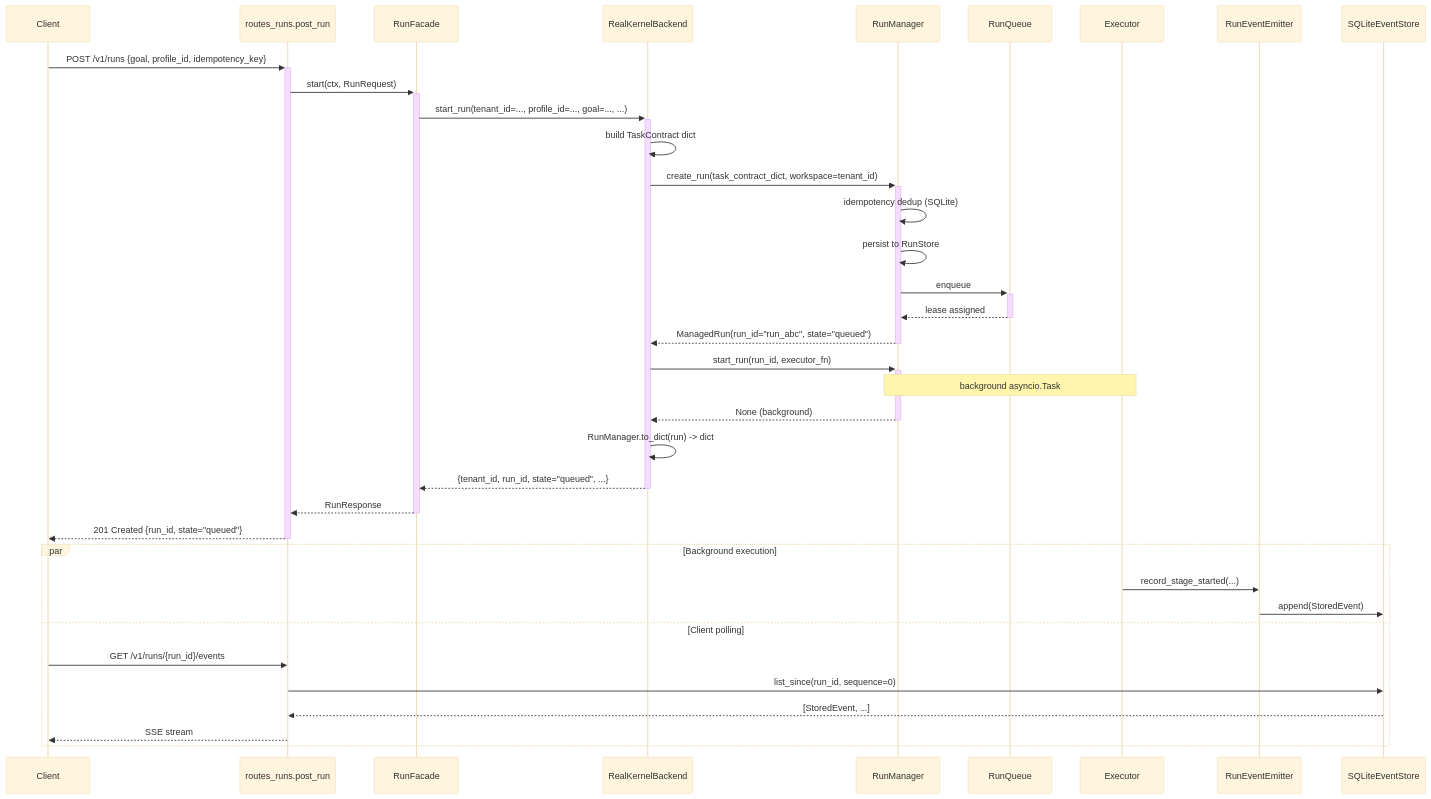
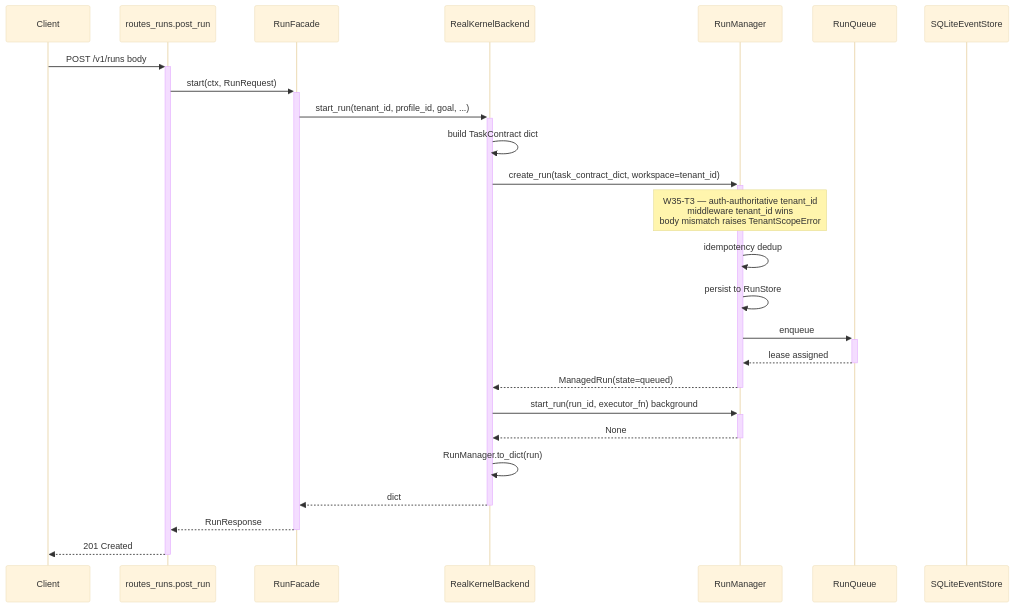
The second of 3 diagrams in agent_server/runtime/ARCHITECTURE.md (chaosxingxc-orion/hi-agent), drawn with Mermaid (base theme) before and after one commit. The commit also changed other lines of this file and 9 other files, not shown here.

````diff
--- a/agent_server/runtime/ARCHITECTURE.md
+++ b/agent_server/runtime/ARCHITECTURE.md
@@ -118,40 +118,28 @@
 ```mermaid
 sequenceDiagram
     participant Client
     participant Route as routes_runs.post_run
     participant RunFacade
     participant Backend as RealKernelBackend
     participant RunMgr as RunManager
     participant Queue as RunQueue
-    participant Executor
-    participant EvtEmitter as RunEventEmitter
     participant EvtStore as SQLiteEventStore
 
-    Client->>+Route: POST /v1/runs {goal, profile_id, idempotency_key}
+    Client->>+Route: POST /v1/runs body
     Route->>+RunFacade: start(ctx, RunRequest)
-    RunFacade->>+Backend: start_run(tenant_id=..., profile_id=..., goal=..., ...)
+    RunFacade->>+Backend: start_run(tenant_id, profile_id, goal, ...)
     Backend->>Backend: build TaskContract dict
     Backend->>+RunMgr: create_run(task_contract_dict, workspace=tenant_id)
-    RunMgr->>RunMgr: idempotency dedup (SQLite)
+    Note over RunMgr: W35-T3 — auth-authoritative tenant_id<br/>middleware tenant_id wins<br/>body mismatch raises TenantScopeError
+    RunMgr->>RunMgr: idempotency dedup
     RunMgr->>RunMgr: persist to RunStore
     RunMgr->>+Queue: enqueue
     Queue-->>-RunMgr: lease assigned
-    RunMgr-->>-Backend: ManagedRun(run_id="run_abc", state="queued")
-    Backend->>+RunMgr: start_run(run_id, executor_fn)
-    Note over RunMgr,Executor: background asyncio.Task
-    RunMgr-->>-Backend: None (background)
-    Backend->>Backend: RunManager.to_dict(run) -> dict
-    Backend-->>-RunFacade: {tenant_id, run_id, state="queued", ...}
+    RunMgr-->>-Backend: ManagedRun(state=queued)
+    Backend->>+RunMgr: start_run(run_id, executor_fn) background
+    RunMgr-->>-Backend: None
+    Backend->>Backend: RunManager.to_dict(run)
+    Backend-->>-RunFacade: dict
     RunFacade-->>-Route: RunResponse
-    Route-->>-Client: 201 Created {run_id, state="queued"}
-
-    par Background execution
-        Executor->>EvtEmitter: record_stage_started(...)
-        EvtEmitter->>EvtStore: append(StoredEvent)
-    and Client polling
-        Client->>Route: GET /v1/runs/{run_id}/events
-        Route->>EvtStore: list_since(run_id, sequence=0)
-        EvtStore-->>Route: [StoredEvent, ...]
-        Route-->>Client: SSE stream
-    end
+    Route-->>-Client: 201 Created
 ```
````
